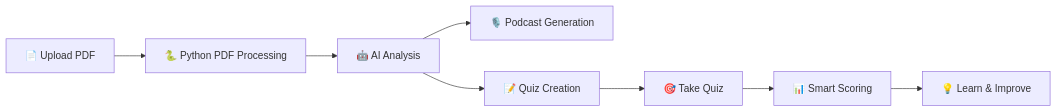
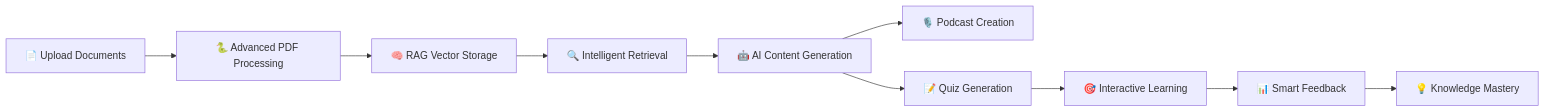
Before and after one commit to SouryaParnSid/QuizGenius: the diagram in README.md, drawn with Mermaid. The commit also changed other lines of this file and 177 other files, not shown here.

First line of the commit message:
feat: integrate RAG system and enhance podcast/quiz generation features

````diff
--- a/README.md
+++ b/README.md
@@ -136,10 +168,12 @@
 ```mermaid
 graph LR
-    A[📄 Upload PDF] --> B[🐍 Python PDF Processing]
-    B --> C[🤖 AI Analysis]
-    C --> D[🎙️ Podcast Generation]
-    C --> E[📝 Quiz Creation]
-    E --> F[🎯 Take Quiz]
-    F --> G[📊 Smart Scoring]
-    G --> H[💡 Learn & Improve]
+    A[📄 Upload Documents] --> B[🐍 Advanced PDF Processing]
+    B --> C[🧠 RAG Vector Storage]
+    C --> D[🔍 Intelligent Retrieval]
+    D --> E[🤖 AI Content Generation]
+    E --> F[🎙️ Podcast Creation]
+    E --> G[📝 Quiz Generation]
+    G --> H[🎯 Interactive Learning]
+    H --> I[📊 Smart Feedback]
+    I --> J[💡 Knowledge Mastery]
 ```
````
